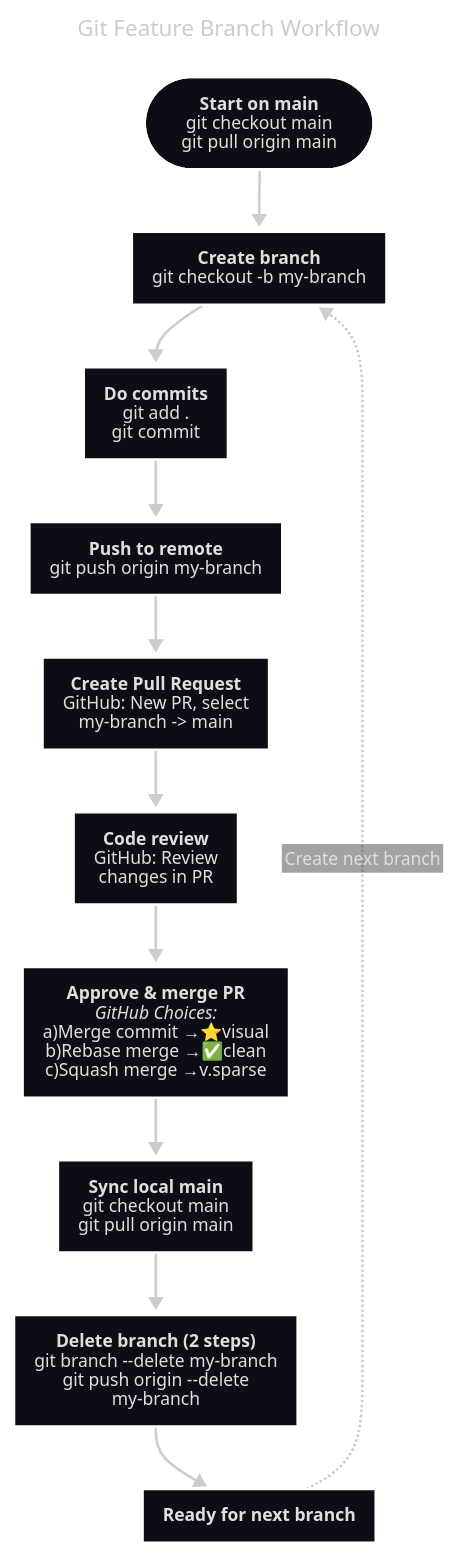
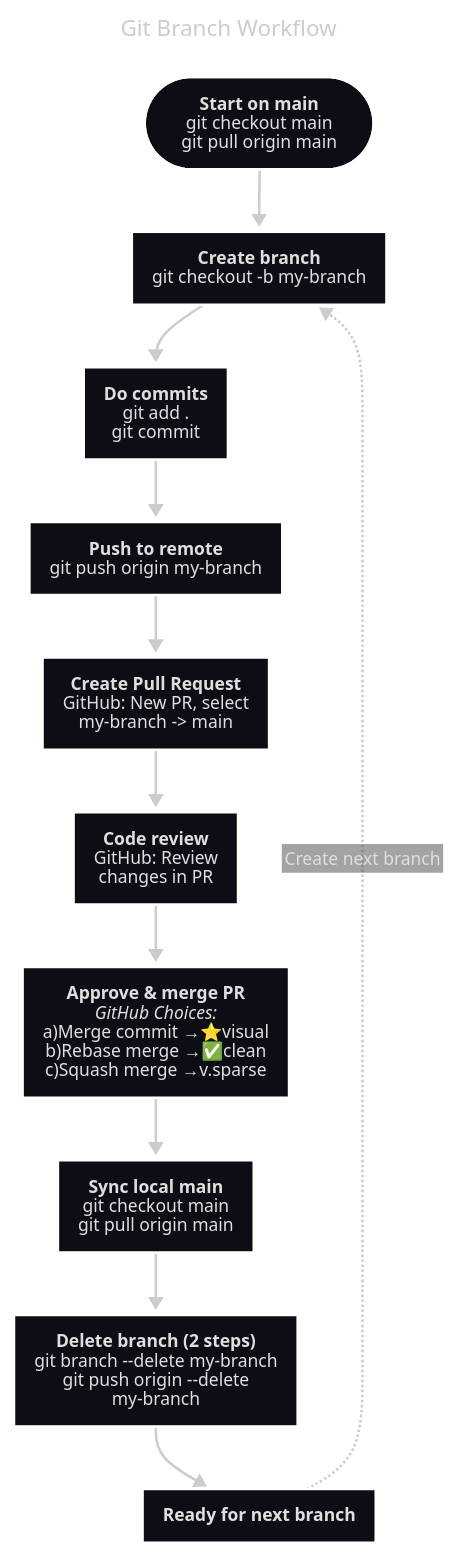
Before and after one commit to michellepace/markdown-pretty-app: the third of 3 diagrams in test-mermaid.md, drawn with Mermaid.

````diff
--- a/test-mermaid.md
+++ b/test-mermaid.md
@@ -53,39 +53,39 @@
 ```mermaid
 ---
-title: Git Feature Branch Workflow
+title: Git Branch Workflow
 config:
   look: neo
   layout: dagre
   theme: redux-dark
   htmlLabels: false
 ---
 flowchart TD
     START(["`**Start on main**
     git checkout main
     git pull origin main`"]) --> CREATE["`**Create branch**
     git checkout -b my-branch`"]
     CREATE --> WORK["`**Do commits**
     git add .
      git commit`"]
     WORK --> PUSH["`**Push to remote**
     git push origin my-branch`"]
     PUSH --> PR["`**Create Pull Request**
     GitHub: New PR, select
     my-branch -> main`"]
     PR --> REVIEW["`**Code review**
     GitHub: Review
     changes in PR`"]
     REVIEW --> APPROVE["`**Approve & merge PR**
     *GitHub Choices:*
     a)Merge commit →⭐visual
     b)Rebase merge →✅clean
     c)Squash merge →v.sparse`"]
     APPROVE --> SYNC["`**Sync local main**
     git checkout main
     git pull origin main`"]
     SYNC --> CLEANUP["`**Delete branch (2 steps)**
     git branch --delete my-branch
     git push origin --delete my-branch`"]
     CLEANUP --> NEXT["`**Ready for next branch**`"]
     NEXT -.-> |Create next branch| CREATE
 ```
````
